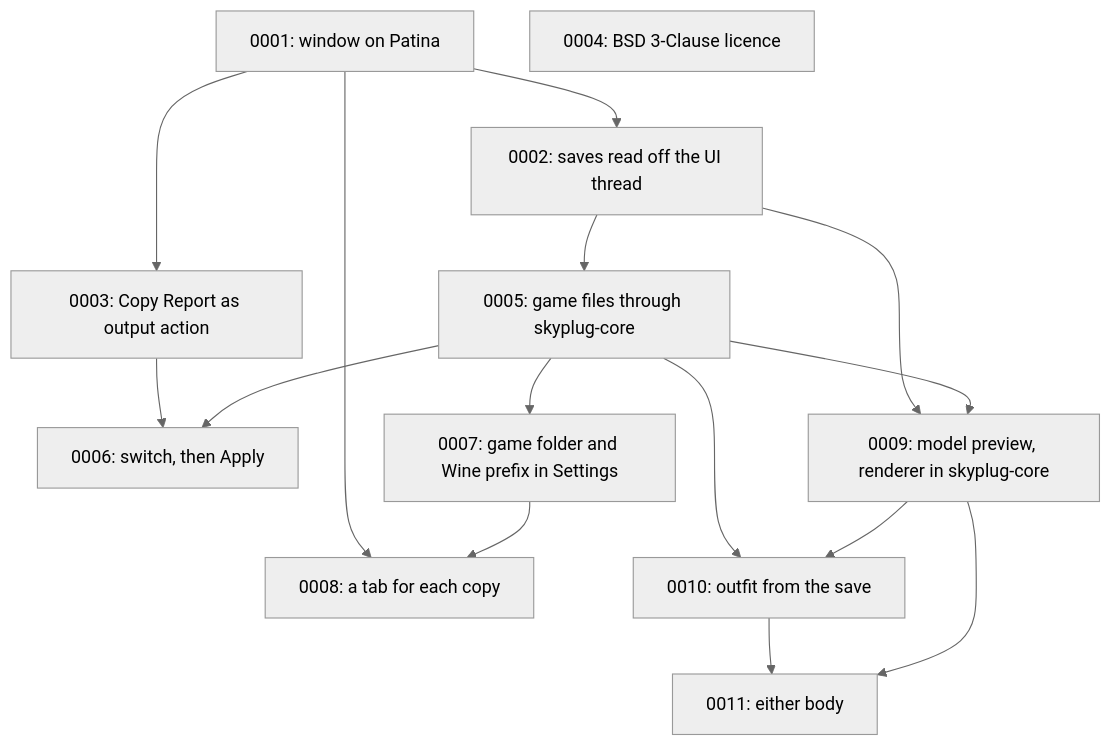
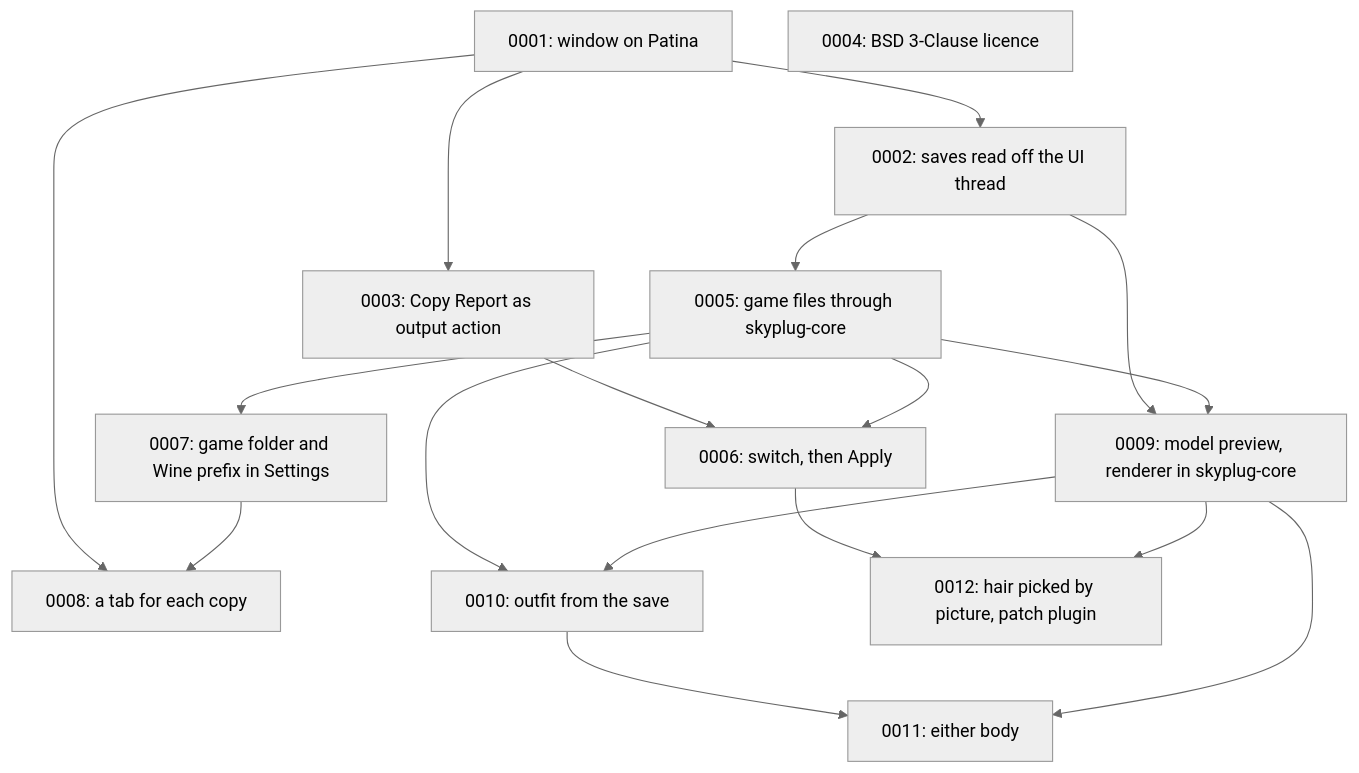
One commit to divanvisagie/arcanaeum changed the diagram in docs/adr/README.md. Above: the diagram before and after it, drawn with Mermaid (neutral theme). The commit also changed other lines of this file and 10 other files, not shown here.

First line of the commit message:
Pick hair by picture, and hide the rest with a patch plugin (ADR-0012)

````diff
--- a/docs/adr/README.md
+++ b/docs/adr/README.md
@@ -59,18 +60,20 @@
 ```mermaid
 flowchart TD
     A[0001: window on Patina] --> B[0002: saves read off the UI thread]
     A --> C[0003: Copy Report as output action]
     D[0004: BSD 3-Clause licence]
     E[0005: game files through skyplug-core] --> F[0006: switch, then Apply]
     E --> G[0007: game folder and Wine prefix in Settings]
     G --> H[0008: a tab for each copy]
     A --> H
     B --> E
     C --> F
     E --> I[0009: model preview, renderer in skyplug-core]
     B --> I
     I --> J[0010: outfit from the save]
     E --> J
     I --> K[0011: either body]
     J --> K
+    I --> L[0012: hair picked by picture, patch plugin]
+    F --> L
 ```
````
